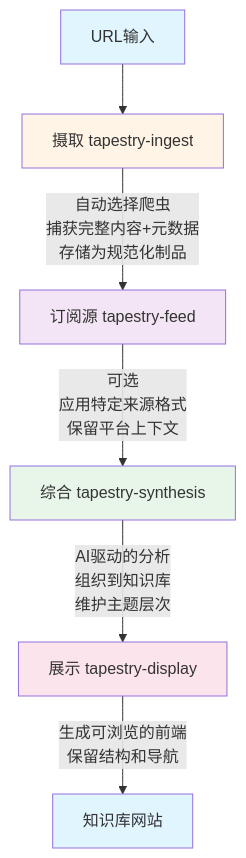
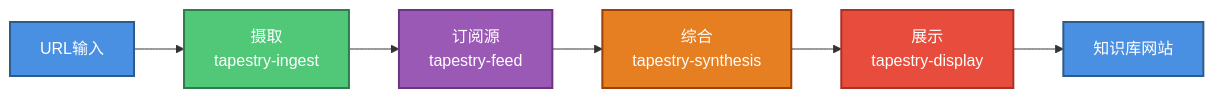
One commit to NatsuFox/Tapestry changed the first of 4 diagrams in README.md. Above: the diagram before and after it, drawn with Mermaid. The commit also changed other lines of this file, not shown here.

First line of the commit message:
refactor: redesign Mermaid diagrams with vibrant colors

````diff
--- a/README.md
+++ b/README.md
@@ -196,15 +196,15 @@
 ```mermaid
-flowchart TD
-    A[URL输入] --> B[摄取 tapestry-ingest]
-    B --> |自动选择爬虫<br/>捕获完整内容+元数据<br/>存储为规范化制品| C[订阅源 tapestry-feed]
-    C --> |可选<br/>应用特定来源格式<br/>保留平台上下文| D[综合 tapestry-synthesis]
-    D --> |AI驱动的分析<br/>组织到知识库<br/>维护主题层次| E[展示 tapestry-display]
-    E --> |生成可浏览的前端<br/>保留结构和导航| F[知识库网站]
+flowchart LR
+    A[URL输入] --> B[摄取<br/>tapestry-ingest]
+    B --> C[订阅源<br/>tapestry-feed]
+    C --> D[综合<br/>tapestry-synthesis]
+    D --> E[展示<br/>tapestry-display]
+    E --> F[知识库网站]
 
-    style A fill:#e1f5ff
-    style B fill:#fff4e6
-    style C fill:#f3e5f5
-    style D fill:#e8f5e9
-    style E fill:#fce4ec
-    style F fill:#e1f5ff
+    style A fill:#4A90E2,stroke:#2E5C8A,stroke-width:2px,color:#fff
+    style B fill:#50C878,stroke:#2E7D4E,stroke-width:2px,color:#fff
+    style C fill:#9B59B6,stroke:#6C3483,stroke-width:2px,color:#fff
+    style D fill:#E67E22,stroke:#A04000,stroke-width:2px,color:#fff
+    style E fill:#E74C3C,stroke:#A93226,stroke-width:2px,color:#fff
+    style F fill:#4A90E2,stroke:#2E5C8A,stroke-width:2px,color:#fff
 ```
````
